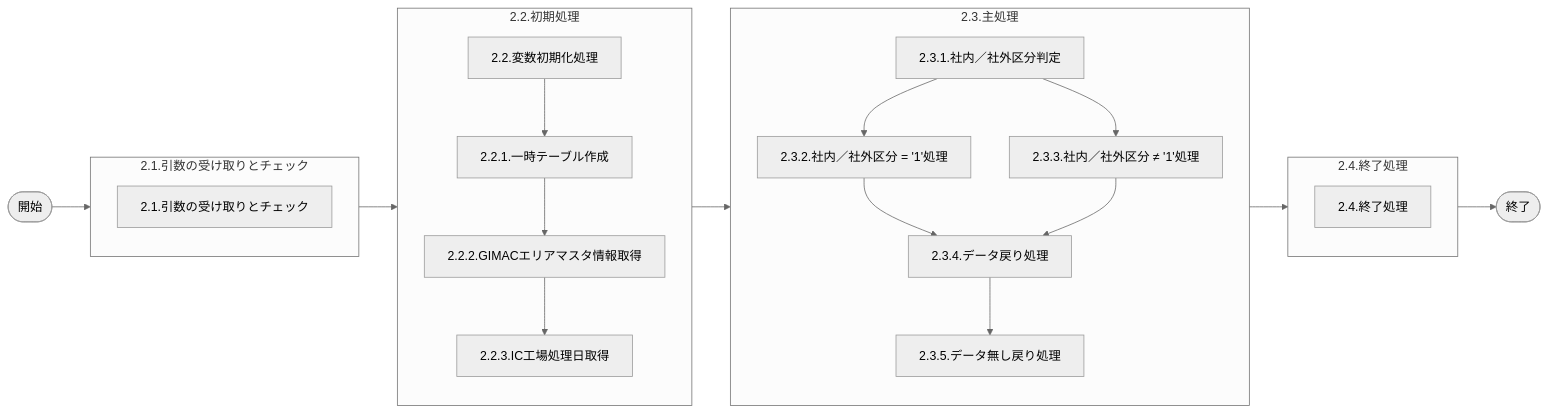
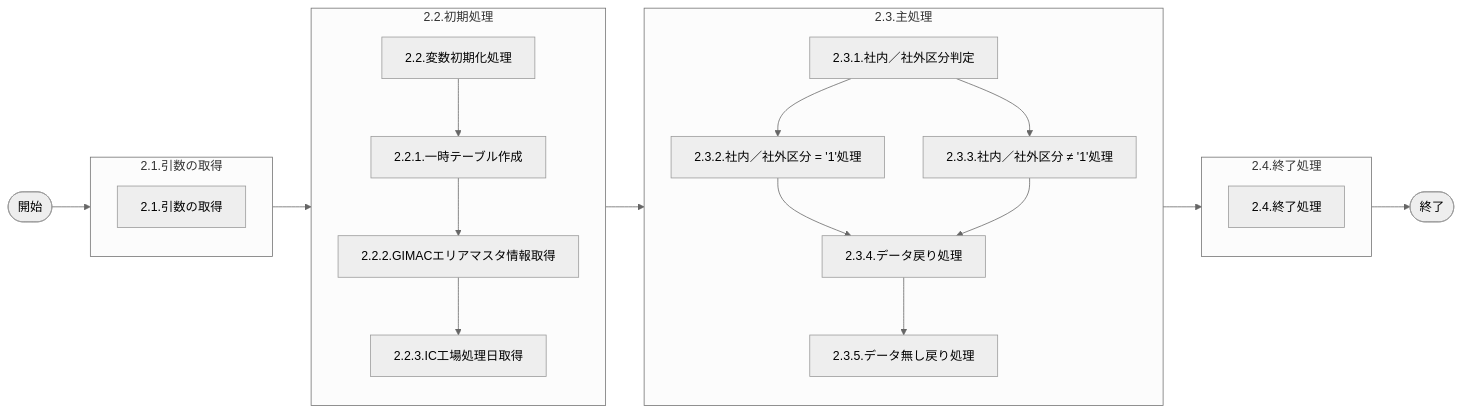
Before and after one commit to huangyiyong-xm/GIMAC_IC_design: the diagram in LDAS9003_詳細設計_未受入問合せ(調達用).md, drawn with Mermaid (neutral theme). The commit also changed other lines of this file and 4 other files, not shown here.

````diff
--- a/LDAS9003_詳細設計_未受入問合せ(調達用).md
+++ b/LDAS9003_詳細設計_未受入問合せ(調達用).md
@@ -20,44 +20,44 @@
 ```mermaid
 flowchart LR
 %% メインフローブランチ
 start(["開始"]) --> argBlock --> initBlock --> mainBlock --> endBlock --> endStatus(["終了"])
 
 %% 引数処理詳細フロー
-subgraph argBlock ["2.1.引数の受け取りとチェック"]
-arg_process_and_check["<div style='white-space: nowrap;'>2.1.引数の受け取りとチェック</div>"]
+subgraph argBlock ["2.1.引数の取得"]
+arg_process_and_check["<div style='white-space: nowrap;'>2.1.引数の取得</div>"]
 end
 
 %% 初期処理詳細フロー
 subgraph initBlock ["2.2.初期処理"]
 init_process["<div style='white-space: nowrap;'>2.2.変数初期化処理</div>"]
 temp_table_create["<div style='white-space: nowrap;'>2.2.1.一時テーブル作成</div>"]
 org_info_get["<div style='white-space: nowrap;'>2.2.2.GIMACエリアマスタ情報取得</div>"]
 slip_date_get["<div style='white-space: nowrap;'>2.2.3.IC工場処理日取得</div>"]
 init_process --> temp_table_create
 temp_table_create --> org_info_get
 org_info_get --> slip_date_get
 end
 
 %% 主処理詳細フロー
 subgraph mainBlock ["2.3.主処理"]
 org_category_check["<div style='white-space: nowrap;'>2.3.1.社内／社外区分判定</div>"]
 inhouse_process["<div style='white-space: nowrap;'>2.3.2.社内／社外区分 = '1'処理</div>"]
 outsourcing_process["<div style='white-space: nowrap;'>2.3.3.社内／社外区分 ≠ '1'処理</div>"]
 data_return["<div style='white-space: nowrap;'>2.3.4.データ戻り処理</div>"]
 no_data_return["<div style='white-space: nowrap;'>2.3.5.データ無し戻り処理</div>"]
 
 org_category_check --> inhouse_process
 org_category_check --> outsourcing_process
 inhouse_process --> data_return
 outsourcing_process --> data_return
 data_return --> no_data_return
 end
 
 %% 終了処理
 subgraph endBlock ["2.4.終了処理"]
 end_process["<div style='white-space: nowrap;'>2.4.終了処理</div>"]
 end
 
 class start,endStatus startEnd
 class arg_process_and_check,init_process,temp_table_create,org_info_get,slip_date_get,org_category_check,inhouse_process,outsourcing_process,data_return,no_data_return,end_process process
 ```
````
